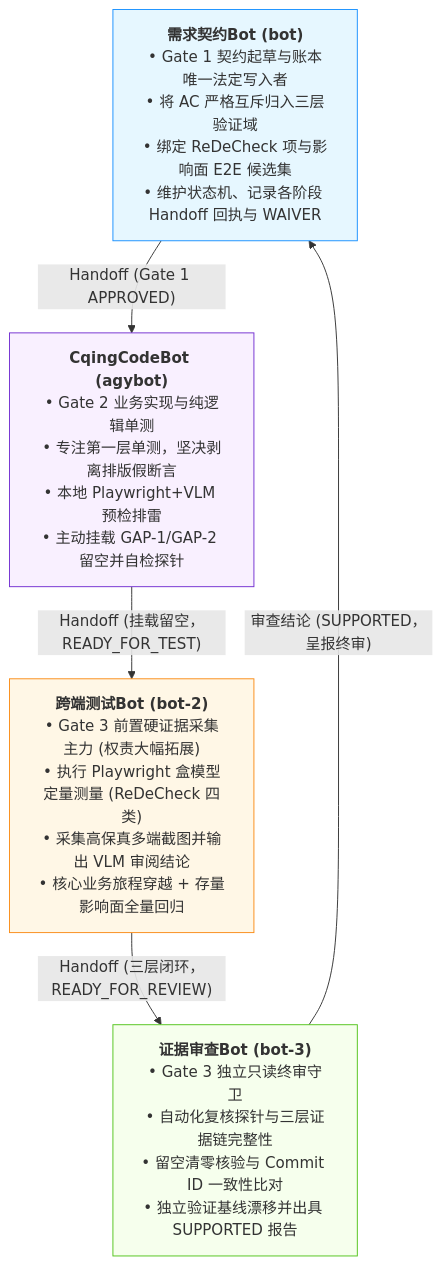
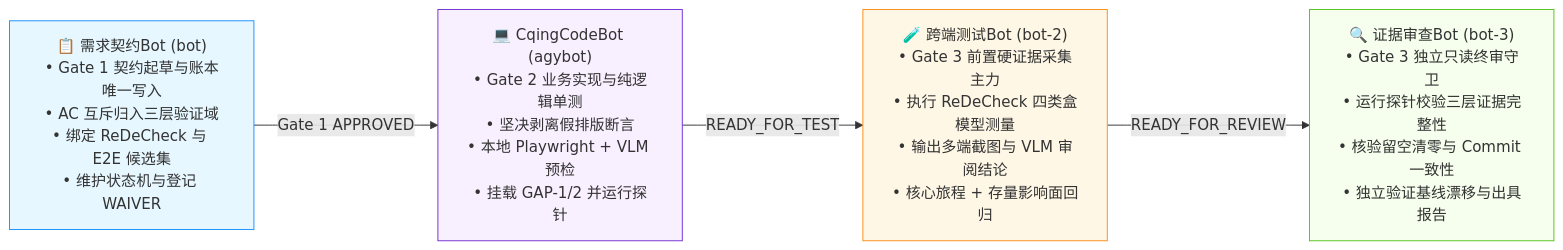
The fifth of 5 diagrams in _shared/研发测试小分队交付协议演进对比报告（v1.0至v1.4）.md (heycqing/orca-dev-squad), drawn with Mermaid before and after one commit. The commit also changed other lines of this file, not shown here.

Commit message:
docs: 重新排版演进对比报告，优化流程图结构、表格式明细与跨端相对链接

````diff
--- a/_shared/研发测试小分队交付协议演进对比报告（v1.0至v1.4）.md
+++ b/_shared/研发测试小分队交付协议演进对比报告（v1.0至v1.4）.md
@@ -345,17 +307,16 @@
 ```mermaid
-flowchart TD
-    Bot1["<b>需求契约Bot (bot)</b><br/>• Gate 1 契约起草与账本唯一法定写入者<br/>• 将 AC 严格互斥归入三层验证域<br/>• 绑定 ReDeCheck 项与影响面 E2E 候选集<br/>• 维护状态机、记录各阶段 Handoff 回执与 WAIVER"]
-    Bot2["<b>CqingCodeBot (agybot)</b><br/>• Gate 2 业务实现与纯逻辑单测<br/>• 专注第一层单测，坚决剥离排版假断言<br/>• 本地 Playwright+VLM 预检排雷<br/>• 主动挂载 GAP-1/GAP-2 留空并自检探针"]
-    Bot3["<b>跨端测试Bot (bot-2)</b><br/>• Gate 3 前置硬证据采集主力 (权责大幅拓展)<br/>• 执行 Playwright 盒模型定量测量 (ReDeCheck 四类)<br/>• 采集高保真多端截图并输出 VLM 审阅结论<br/>• 核心业务旅程穿越 + 存量影响面全量回归"]
-    Bot4["<b>证据审查Bot (bot-3)</b><br/>• Gate 3 独立只读终审守卫<br/>• 自动化复核探针与三层证据链完整性<br/>• 留空清零核验与 Commit ID 一致性比对<br/>• 独立验证基线漂移并出具 SUPPORTED 报告"]
+flowchart LR
+    B1["📋 需求契约Bot (bot)<br/>• Gate 1 契约起草与账本唯一写入<br/>• AC 互斥归入三层验证域<br/>• 绑定 ReDeCheck 与 E2E 候选集<br/>• 维护状态机与登记 WAIVER"]
+    B2["💻 CqingCodeBot (agybot)<br/>• Gate 2 业务实现与纯逻辑单测<br/>• 坚决剥离假排版断言<br/>• 本地 Playwright + VLM 预检<br/>• 挂载 GAP-1/2 并运行探针"]
+    B3["🧪 跨端测试Bot (bot-2)<br/>• Gate 3 前置硬证据采集主力<br/>• 执行 ReDeCheck 四类盒模型测量<br/>• 输出多端截图与 VLM 审阅结论<br/>• 核心旅程 + 存量影响面回归"]
+    B4["🔍 证据审查Bot (bot-3)<br/>• Gate 3 独立只读终审守卫<br/>• 运行探针校验三层证据完整性<br/>• 核验留空清零与 Commit 一致性<br/>• 独立验证基线漂移与出具报告"]
 
-    Bot1 -->|"Handoff (Gate 1 APPROVED)"| Bot2
-    Bot2 -->|"Handoff (挂载留空，READY_FOR_TEST)"| Bot3
-    Bot3 -->|"Handoff (三层闭环，READY_FOR_REVIEW)"| Bot4
-    Bot4 -->|"审查结论 (SUPPORTED，呈报终审)"| Bot1
+    B1 -->|"Gate 1 APPROVED"| B2
+    B2 -->|"READY_FOR_TEST"| B3
+    B3 -->|"READY_FOR_REVIEW"| B4
 
-    style Bot1 fill:#e6f7ff,stroke:#1890ff,stroke-width:1px
-    style Bot2 fill:#f9f0ff,stroke:#722ed1,stroke-width:1px
-    style Bot3 fill:#fff7e6,stroke:#fa8c16,stroke-width:1px
-    style Bot4 fill:#f6ffed,stroke:#52c41a,stroke-width:1px
+    style B1 fill:#e6f7ff,stroke:#1890ff,stroke-width:1px
+    style B2 fill:#f9f0ff,stroke:#722ed1,stroke-width:1px
+    style B3 fill:#fff7e6,stroke:#fa8c16,stroke-width:1px
+    style B4 fill:#f6ffed,stroke:#52c41a,stroke-width:1px
 ```
````
